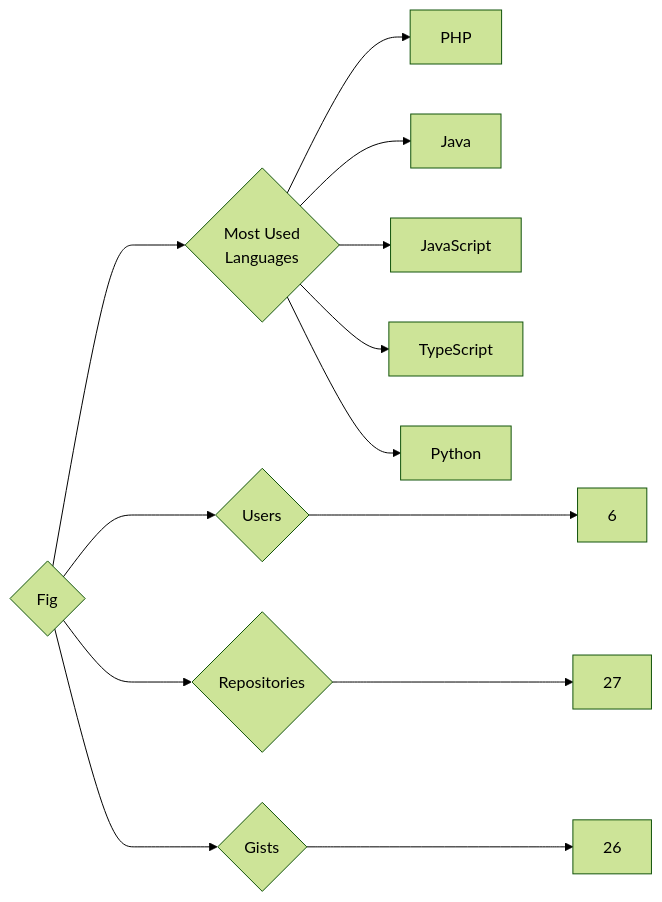
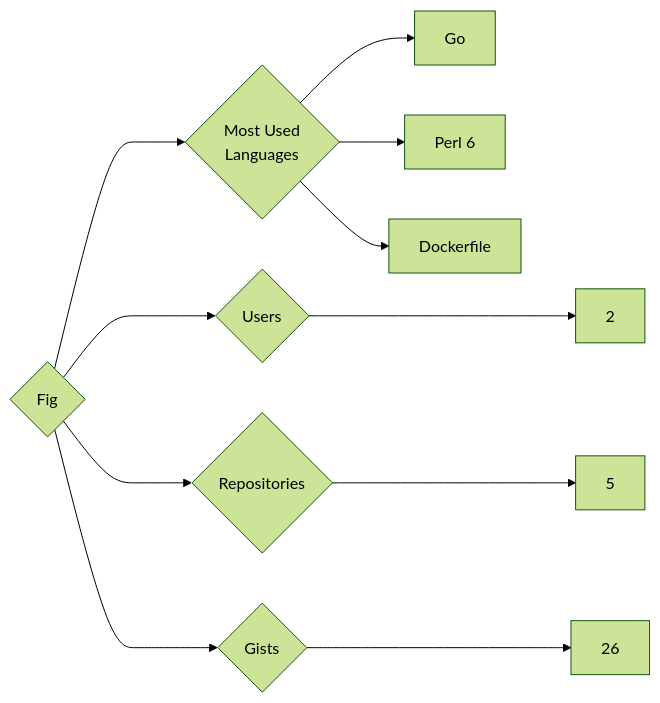
The diagram in targets/Fig/README.md (trickest/insiders), drawn with Mermaid (forest theme) before and after one commit. The commit also changed 865 other files, not shown here.

````diff
--- a/targets/Fig/README.md
+++ b/targets/Fig/README.md
@@ -3,13 +3,11 @@
 ```mermaid
 graph LR
 COMPANY_NAME{Fig}
-COMPANY_NAME ---> U{Users} ---> UN[6]
-COMPANY_NAME ---> R{Repositories} ---> RN[27]
+COMPANY_NAME ---> U{Users} ---> UN[2]
+COMPANY_NAME ---> R{Repositories} ---> RN[5]
 COMPANY_NAME ---> G{Gists} ---> GN[26]
 COMPANY_NAME ---> ML{Most Used<br>Languages}
-ML --> PHP[PHP]
-ML --> Java[Java]
-ML --> JavaScript[JavaScript]
-ML --> TypeScript[TypeScript]
-ML --> Python[Python]
+ML --> Go[Go]
+ML --> Perl_6[Perl 6]
+ML --> Dockerfile[Dockerfile]
 ```
````
